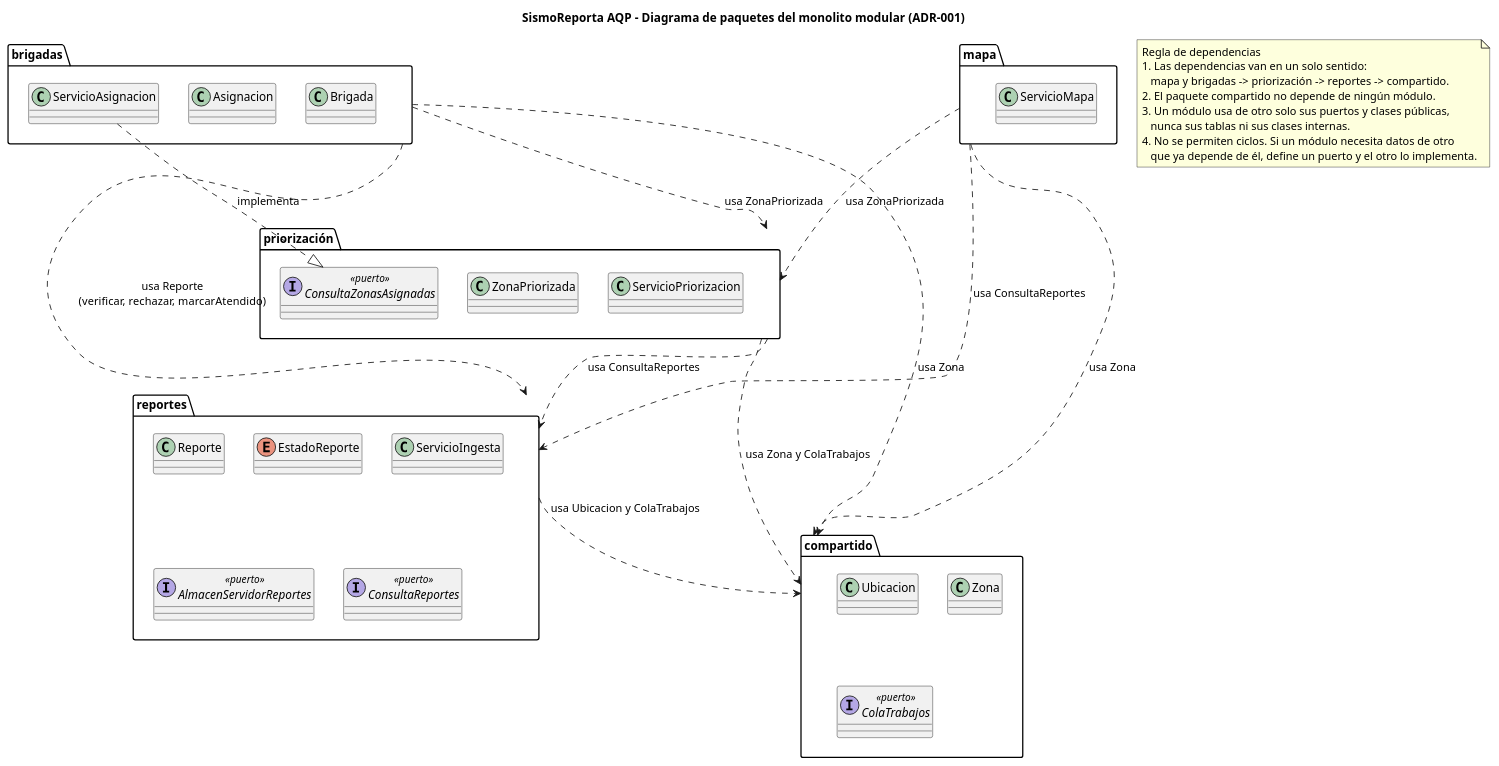
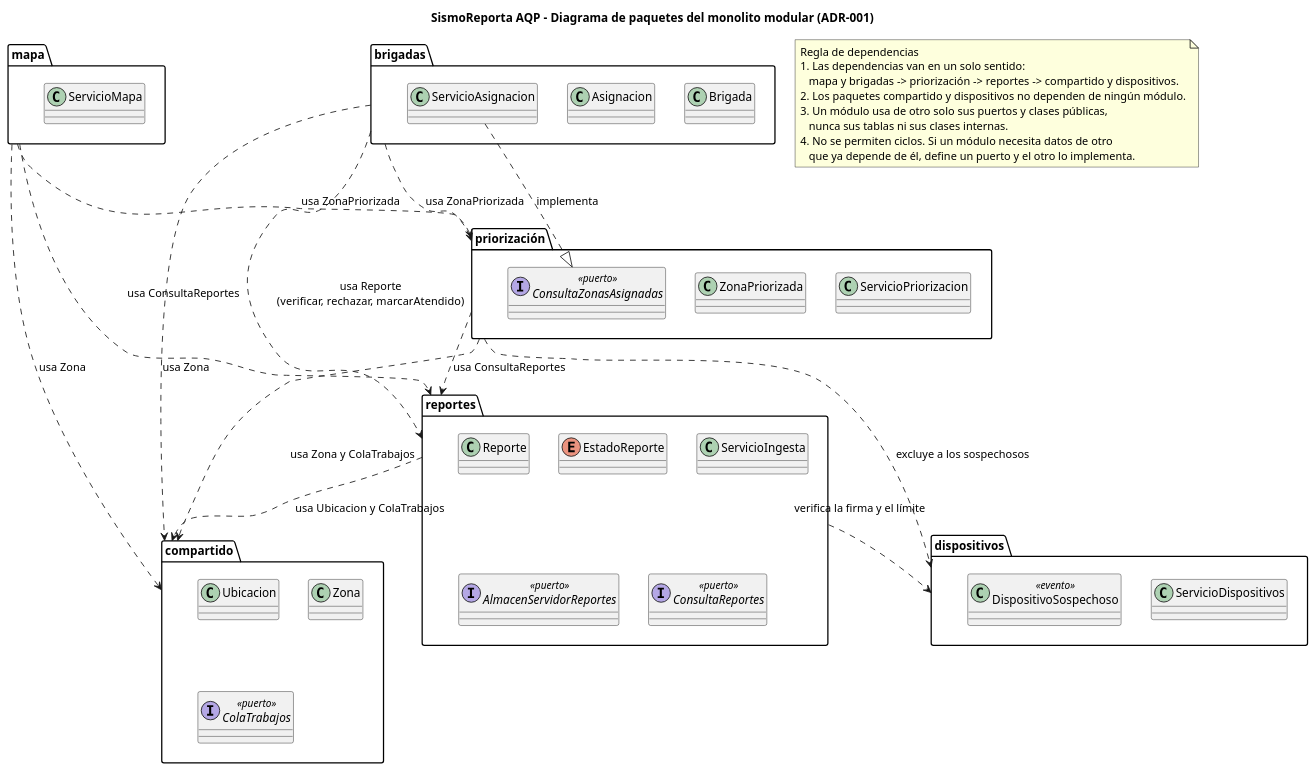
Before and after one commit to DavidOliva06/cs-2026b-lab04-grupo06: the diagram in docs/design/paquetes.puml, drawn with PlantUML. The commit also changed 5 other files, not shown here.

```diff
--- a/docs/design/paquetes.puml
+++ b/docs/design/paquetes.puml
@@ -1,66 +1,75 @@
 @startuml
 title SismoReporta AQP - Diagrama de paquetes del monolito modular (ADR-001)
 
 ' Supuesto: solo se modelan los módulos del servidor. Las clases de la PWA
 ' (ServicioReportes, AlmacenLocalReportes, PuertoEnvioReportes) quedan fuera.
 ' Supuesto: ConsultaReportes, ConsultaZonasAsignadas, ZonaPriorizada, Zona, Brigada,
 ' Asignacion y los servicios de mapa, priorización y brigadas son nuevos respecto
 ' al diagrama de clases de la HU-01.
 
 package "compartido" as compartido {
   class Ubicacion
   class Zona
   interface ColaTrabajos <<puerto>>
 }
 
 package "reportes" as reportes {
   class Reporte
   enum EstadoReporte
   class ServicioIngesta
   interface AlmacenServidorReportes <<puerto>>
   interface ConsultaReportes <<puerto>>
 }
 
 package "priorización" as priorizacion {
   class ServicioPriorizacion
   class ZonaPriorizada
   interface ConsultaZonasAsignadas <<puerto>>
 }
 
 package "brigadas" as brigadas {
   class Brigada
   class Asignacion
   class ServicioAsignacion
 }
 
 package "mapa" as mapa {
   class ServicioMapa
 }
 
+' Lab 08 (ADR-008): módulo nuevo para el escenario S2. Se agregó el 2026-11-13, al detectar
+' con verificar_c4.py que workspace.dsl tenía el componente Dispositivos y este diagrama no.
+package "dispositivos" as dispositivos {
+  class ServicioDispositivos
+  class DispositivoSospechoso <<evento>>
+}
+
 mapa ..> priorizacion : usa ZonaPriorizada
 mapa ..> reportes : usa ConsultaReportes
 mapa ..> compartido : usa Zona
 
 brigadas ..> priorizacion : usa ZonaPriorizada
 brigadas ..> reportes : usa Reporte\n(verificar, rechazar, marcarAtendido)
 brigadas ..> compartido : usa Zona
 
 priorizacion ..> reportes : usa ConsultaReportes
 priorizacion ..> compartido : usa Zona y ColaTrabajos
 
 reportes ..> compartido : usa Ubicacion y ColaTrabajos
+reportes ..> dispositivos : verifica la firma y el límite
+priorizacion ..> dispositivos : excluye a los sospechosos
 
 ' Resolución del ciclo (ADR-004): brigadas implementa el puerto que define priorización.
 ServicioAsignacion ..|> ConsultaZonasAsignadas : implementa
 
 note as ReglaDependencias
   Regla de dependencias
   1. Las dependencias van en un solo sentido:
-     mapa y brigadas -> priorización -> reportes -> compartido.
-  2. El paquete compartido no depende de ningún módulo.
+     mapa y brigadas -> priorización -> reportes -> compartido y dispositivos.
+  2. Los paquetes compartido y dispositivos no dependen de ningún módulo.
   3. Un módulo usa de otro solo sus puertos y clases públicas,
      nunca sus tablas ni sus clases internas.
   4. No se permiten ciclos. Si un módulo necesita datos de otro
      que ya depende de él, define un puerto y el otro lo implementa.
 end note
 @enduml
```
